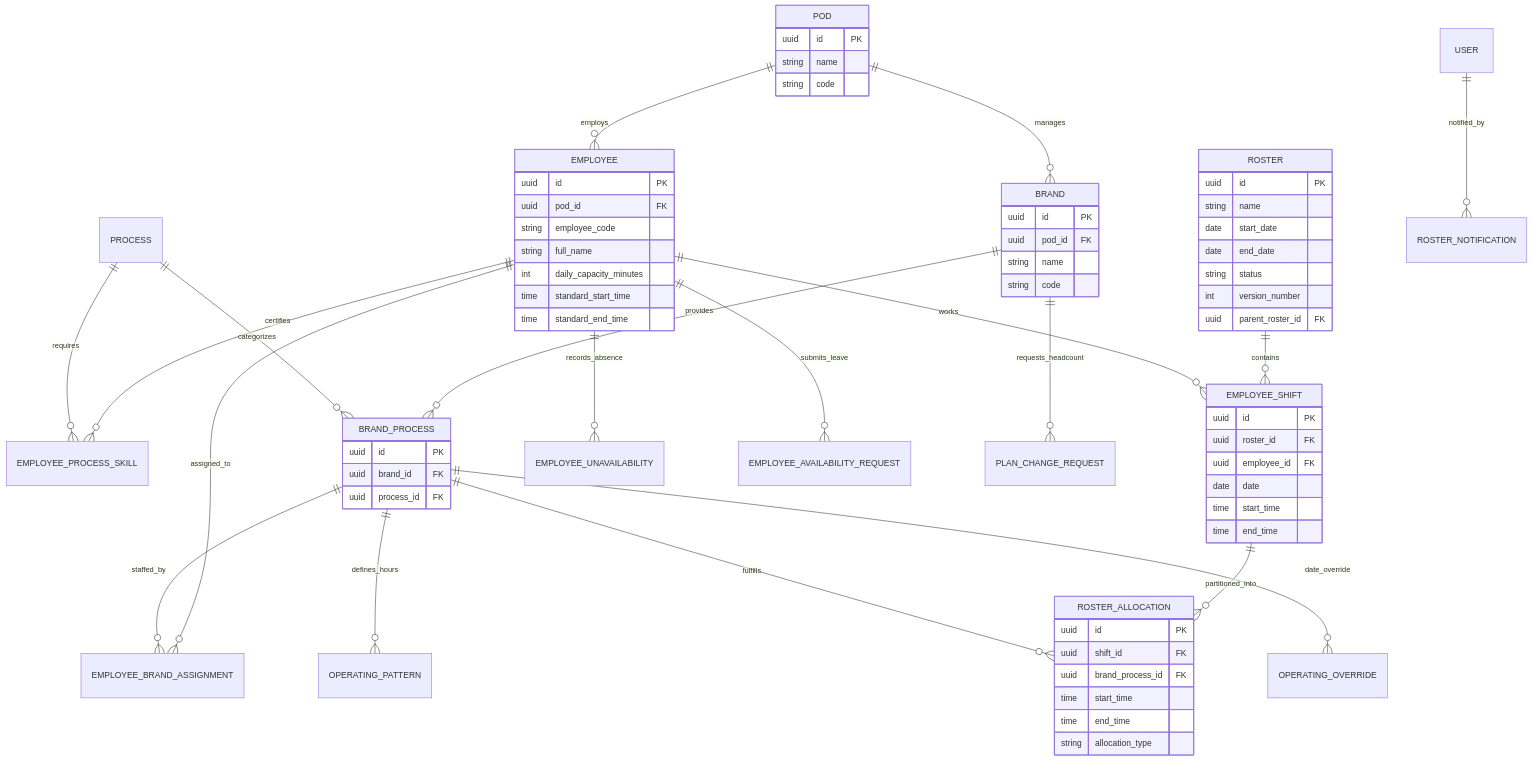
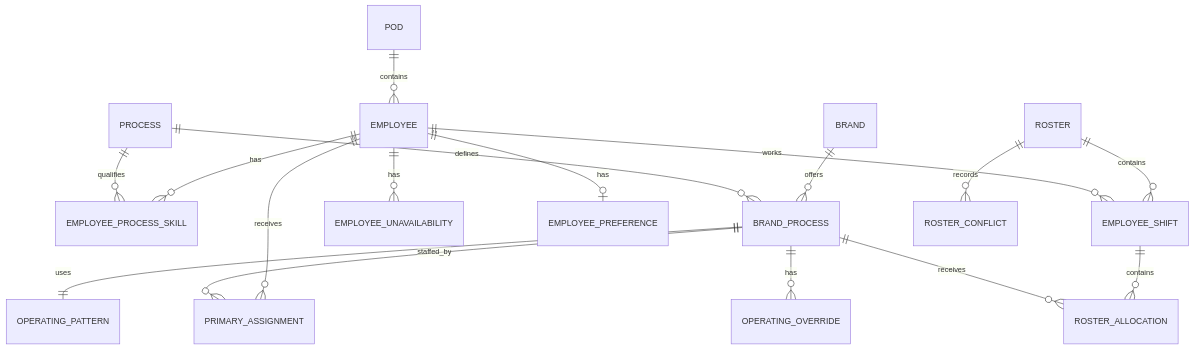
One commit to midatbest-core/RosterIQ changed the second of 2 diagrams in README.md. Above: the diagram before and after it, drawn with Mermaid. The commit also changed other lines of this file, not shown here.

Commit message:
Document architecture data model and benchmarks

````diff
--- a/README.md
+++ b/README.md
@@ -148,78 +101,19 @@
 ```mermaid
 erDiagram
-    POD ||--o{ EMPLOYEE : employs
-    POD ||--o{ BRAND : manages
-    EMPLOYEE ||--o{ EMPLOYEE_PROCESS_SKILL : certifies
-    PROCESS ||--o{ EMPLOYEE_PROCESS_SKILL : requires
-    BRAND ||--o{ BRAND_PROCESS : provides
-    PROCESS ||--o{ BRAND_PROCESS : categorizes
-    EMPLOYEE ||--o{ EMPLOYEE_BRAND_ASSIGNMENT : assigned_to
-    BRAND_PROCESS ||--o{ EMPLOYEE_BRAND_ASSIGNMENT : staffed_by
-    BRAND_PROCESS ||--o{ OPERATING_PATTERN : defines_hours
-    BRAND_PROCESS ||--o{ OPERATING_OVERRIDE : date_override
+    POD ||--o{ EMPLOYEE : contains
+    EMPLOYEE ||--o{ EMPLOYEE_PROCESS_SKILL : has
+    PROCESS ||--o{ EMPLOYEE_PROCESS_SKILL : qualifies
+    BRAND ||--o{ BRAND_PROCESS : offers
+    PROCESS ||--o{ BRAND_PROCESS : defines
+    BRAND_PROCESS ||--|| OPERATING_PATTERN : uses
+    BRAND_PROCESS ||--o{ OPERATING_OVERRIDE : has
+    EMPLOYEE ||--o{ PRIMARY_ASSIGNMENT : receives
+    BRAND_PROCESS ||--o{ PRIMARY_ASSIGNMENT : staffed_by
+    EMPLOYEE ||--o{ EMPLOYEE_UNAVAILABILITY : has
+    EMPLOYEE ||--o| EMPLOYEE_PREFERENCE : has
     ROSTER ||--o{ EMPLOYEE_SHIFT : contains
     EMPLOYEE ||--o{ EMPLOYEE_SHIFT : works
-    EMPLOYEE_SHIFT ||--o{ ROSTER_ALLOCATION : partitioned_into
-    BRAND_PROCESS ||--o{ ROSTER_ALLOCATION : fulfills
-    EMPLOYEE ||--o{ EMPLOYEE_UNAVAILABILITY : records_absence
-    EMPLOYEE ||--o{ EMPLOYEE_AVAILABILITY_REQUEST : submits_leave
-    BRAND ||--o{ PLAN_CHANGE_REQUEST : requests_headcount
-    USER ||--o{ ROSTER_NOTIFICATION : notified_by
-
-    POD {
-        uuid id PK
-        string name
-        string code
-    }
-
-    EMPLOYEE {
-        uuid id PK
-        uuid pod_id FK
-        string employee_code
-        string full_name
-        int daily_capacity_minutes
-        time standard_start_time
-        time standard_end_time
-    }
-
-    BRAND {
-        uuid id PK
-        uuid pod_id FK
-        string name
-        string code
-    }
-
-    BRAND_PROCESS {
-        uuid id PK
-        uuid brand_id FK
-        uuid process_id FK
-    }
-
-    ROSTER {
-        uuid id PK
-        string name
-        date start_date
-        date end_date
-        string status
-        int version_number
-        uuid parent_roster_id FK
-    }
-
-    EMPLOYEE_SHIFT {
-        uuid id PK
-        uuid roster_id FK
-        uuid employee_id FK
-        date date
-        time start_time
-        time end_time
-    }
-
-    ROSTER_ALLOCATION {
-        uuid id PK
-        uuid shift_id FK
-        uuid brand_process_id FK
-        time start_time
-        time end_time
-        string allocation_type
-    }
+    EMPLOYEE_SHIFT ||--o{ ROSTER_ALLOCATION : contains
+    BRAND_PROCESS ||--o{ ROSTER_ALLOCATION : receives
+    ROSTER ||--o{ ROSTER_CONFLICT : records
 ```
````
